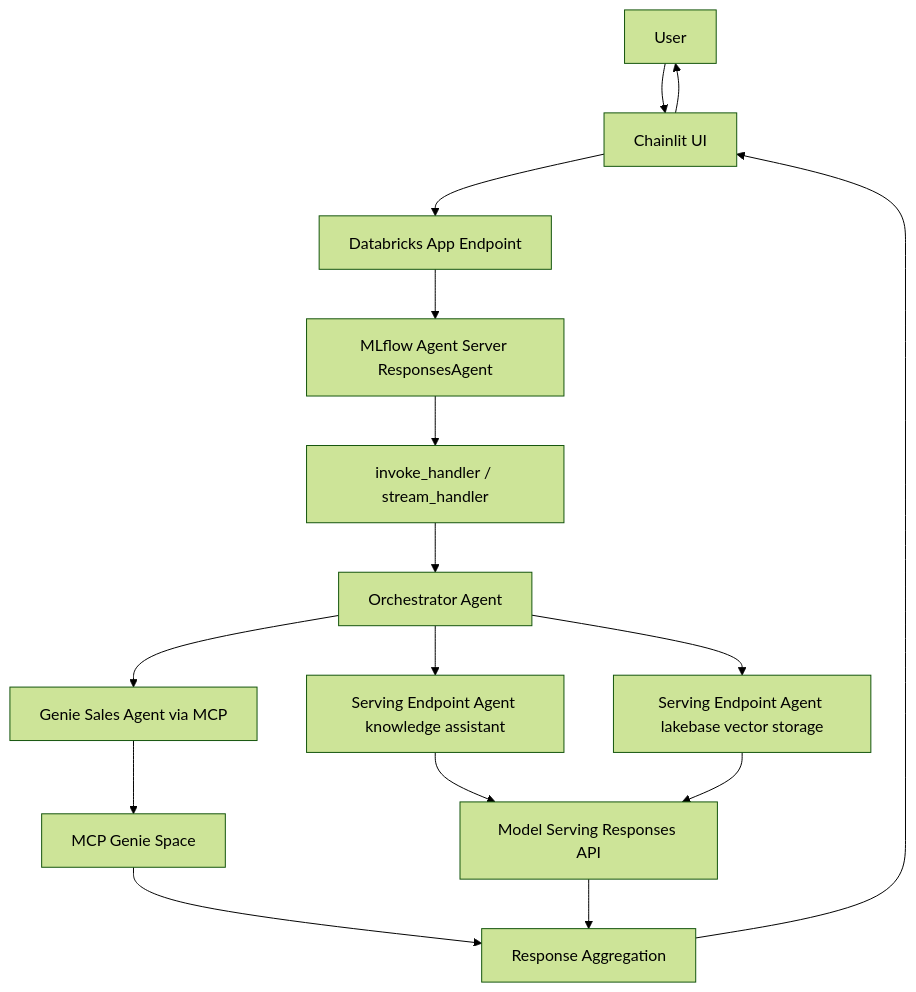
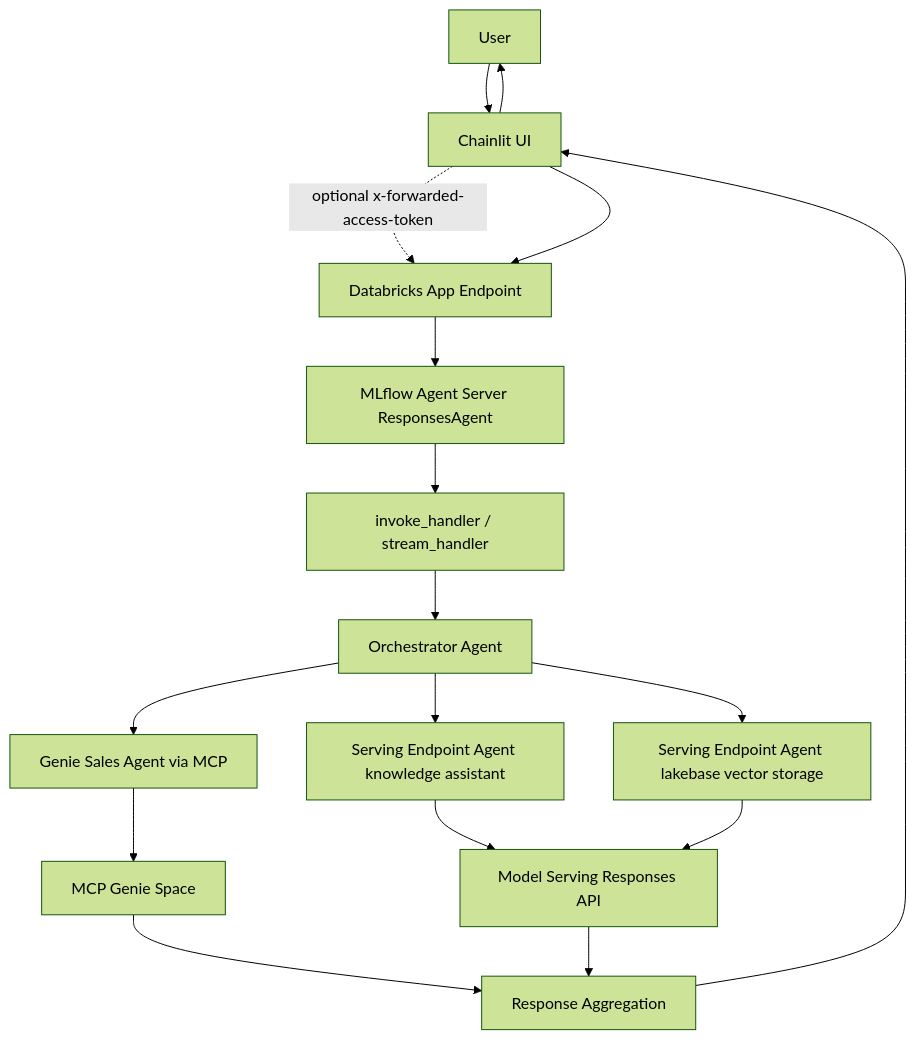
Before and after one commit to wchen-dea/Multi-Agent-App-On-Databricks: the second of 2 diagrams in docs/architecture.md, drawn with Mermaid (forest theme). The commit also changed other lines of this file and 9 other files, not shown here.

````diff
--- a/docs/architecture.md
+++ b/docs/architecture.md
@@ -118,22 +124,23 @@
 ```mermaid
 flowchart TD
     U[User]
     U --> UI[Chainlit UI]
+    UI -.optional x-forwarded-access-token.-> APP
     UI --> APP[Databricks App Endpoint]
     APP --> S[MLflow Agent Server ResponsesAgent]
     S --> H[invoke_handler / stream_handler]
     H --> O[Orchestrator Agent]
 
     O --> G[Genie Sales Agent via MCP]
     O --> K[Serving Endpoint Agent knowledge assistant]
     O --> L[Serving Endpoint Agent lakebase vector storage]
 
     G --> M[MCP Genie Space]
     K --> R1[Model Serving Responses API]
     L --> R1
 
     M --> R[Response Aggregation]
     R1 --> R
     R --> UI
     UI --> U
 ```
````
